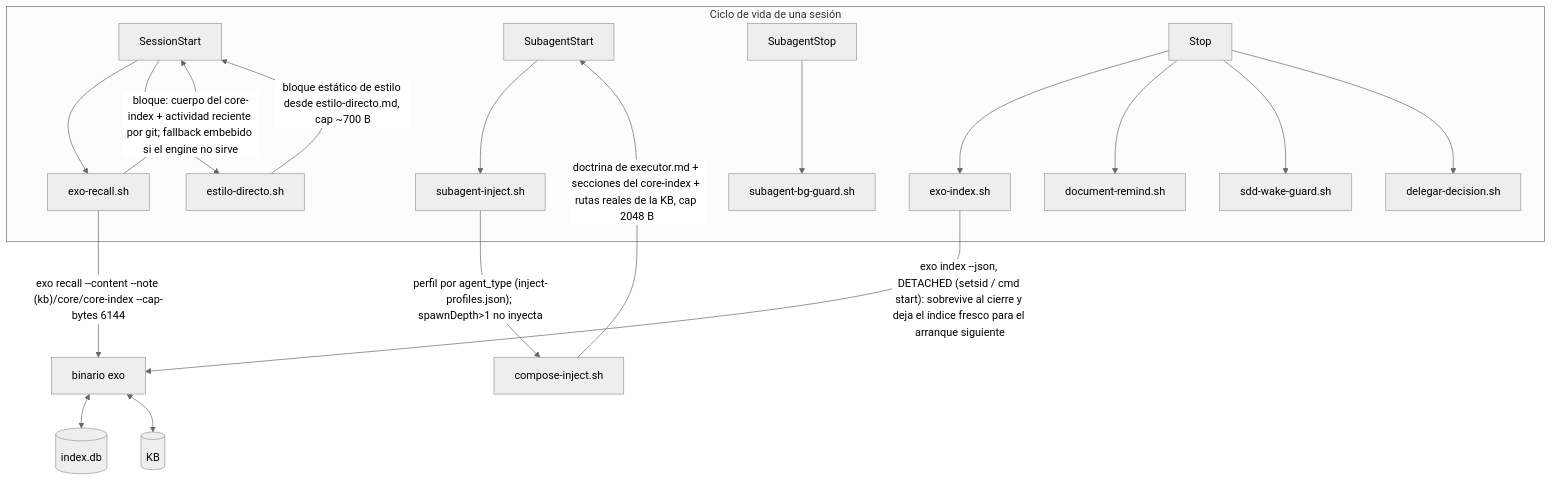
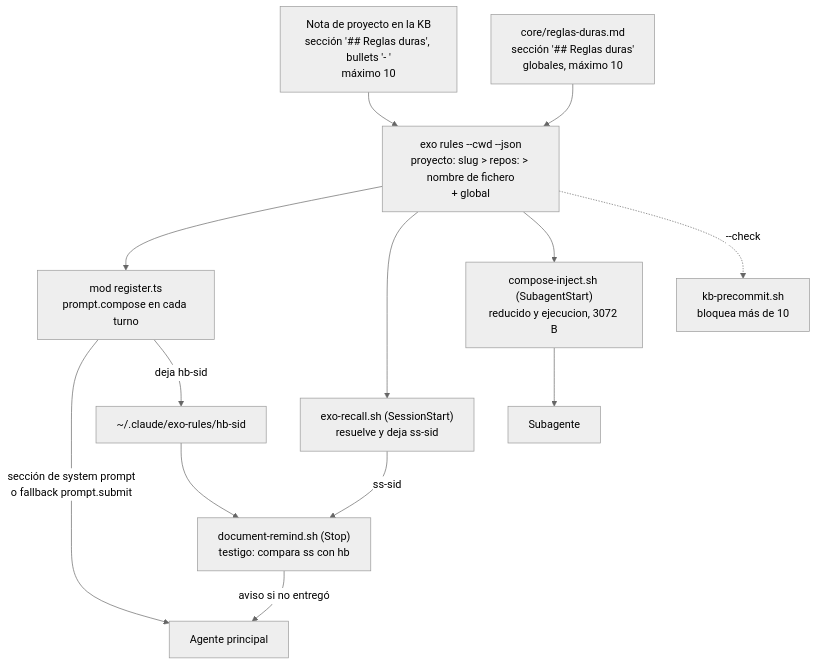
Before and after one commit to pguerrerolinares/exo: the fourth of 4 diagrams in docs/arquitectura.md, drawn with Mermaid (neutral theme). The commit also changed other lines of this file, not shown here.

First line of the commit message:
docs(arquitectura): reescritura al estado de engine 0.13.0 y plugin 1.28.0

````diff
--- a/docs/arquitectura.md
+++ b/docs/arquitectura.md
@@ -417,21 +451,18 @@
 ```mermaid
 flowchart TD
-    subgraph sesion["Ciclo de vida de una sesión"]
-        SS["SessionStart"] --> ERS["exo-recall.sh"]
-        SS --> EDS["estilo-directo.sh"]
-        SA["SubagentStart"] --> SIS["subagent-inject.sh"]
-        SS2["SubagentStop"] --> SBG["subagent-bg-guard.sh"]
-        ST["Stop"] --> EIS["exo-index.sh"] & DRS["document-remind.sh"] & SWG["sdd-wake-guard.sh"] & DDC["delegar-decision.sh"]
-    end
-
-    ERS -->|"exo recall --content --note (kb)/core/core-index --cap-bytes 6144"| ENG["binario exo"]
-    ERS -->|"bloque: cuerpo del core-index + actividad reciente por git; fallback embebido si el engine no sirve"| SS
-    EDS -->|"bloque estático de estilo desde estilo-directo.md, cap ~700 B"| SS
-
-    SIS -->|"perfil por agent_type (inject-profiles.json); spawnDepth>1 no inyecta"| CIS["compose-inject.sh"]
-    CIS -->|"doctrina de executor.md + secciones del core-index + rutas reales de la KB, cap 2048 B"| SA
-
-    EIS -->|"exo index --json, DETACHED (setsid / cmd start): sobrevive al cierre y deja el índice fresco para el arranque siguiente"| ENG
-    ENG <--> DB[("index.db")]
-    ENG <--> KB[("KB")]
+    NOTA["Nota de proyecto en la KB<br/>sección '## Reglas duras', bullets '- '<br/>máximo 10"]
+    GLOB["core/reglas-duras.md<br/>sección '## Reglas duras'<br/>globales, máximo 10"]
+    RULES["exo rules --cwd --json<br/>proyecto: slug > repos: > nombre de fichero<br/>+ global"]
+    NOTA --> RULES
+    GLOB --> RULES
+    RULES --> MODR["mod register.ts<br/>prompt.compose en cada turno"]
+    RULES --> SS["exo-recall.sh (SessionStart)<br/>resuelve y deja ss-sid"]
+    RULES --> CI["compose-inject.sh (SubagentStart)<br/>reducido y ejecucion, 3072 B"]
+    MODR -->|"sección de system prompt<br/>o fallback prompt.submit"| AG["Agente principal"]
+    MODR -->|"deja hb-sid"| HB["~/.claude/exo-rules/hb-sid"]
+    SS -->|"ss-sid"| WIT
+    HB --> WIT["document-remind.sh (Stop)<br/>testigo: compara ss con hb"]
+    WIT -->|"aviso si no entregó"| AG
+    CI --> SUB["Subagente"]
+    RULES -.->|"--check"| PRE["kb-precommit.sh<br/>bloquea más de 10"]
 ```
````
